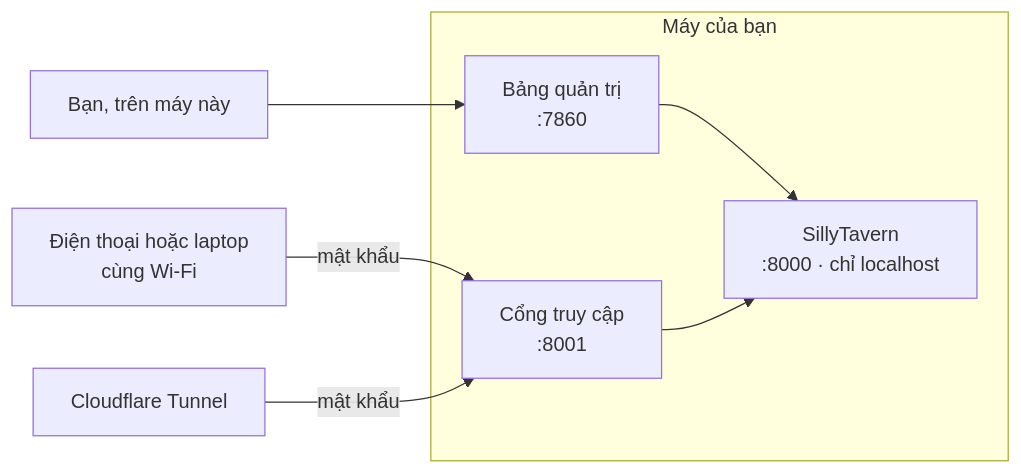
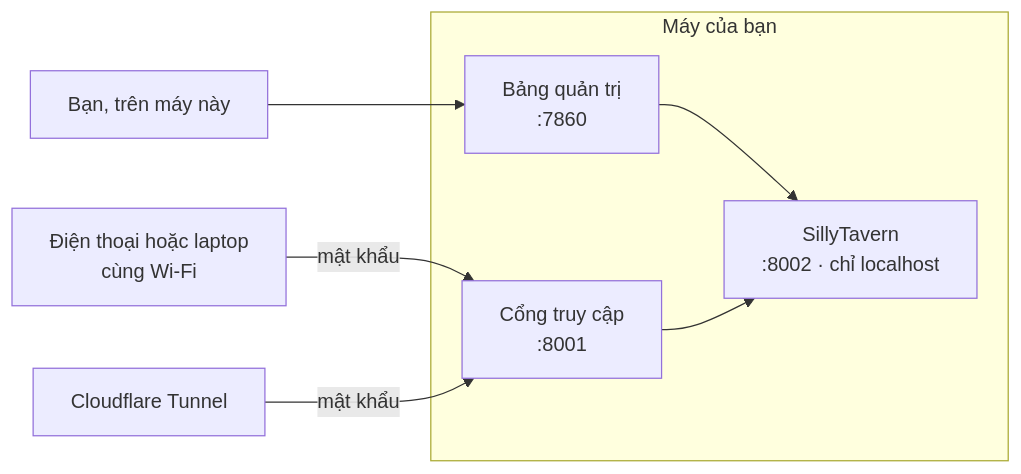
Before and after one commit to locmaymo/stm: the diagram in README.vi.md, drawn with Mermaid. The commit also changed other lines of this file and 13 other files, not shown here.

````diff
--- a/README.vi.md
+++ b/README.vi.md
@@ -300,13 +300,13 @@
 ```mermaid
 flowchart LR
   subgraph machine["Máy của bạn"]
     M["Bảng quản trị<br/>:7860"]
     G["Cổng truy cập<br/>:8001"]
-    S["SillyTavern<br/>:8000 · chỉ localhost"]
+    S["SillyTavern<br/>:8002 · chỉ localhost"]
     M --> S
     G --> S
   end
   A["Bạn, trên máy này"] --> M
   B["Điện thoại hoặc laptop<br/>cùng Wi-Fi"] -- mật khẩu --> G
   C["Cloudflare Tunnel"] -- mật khẩu --> G
 ```
````
